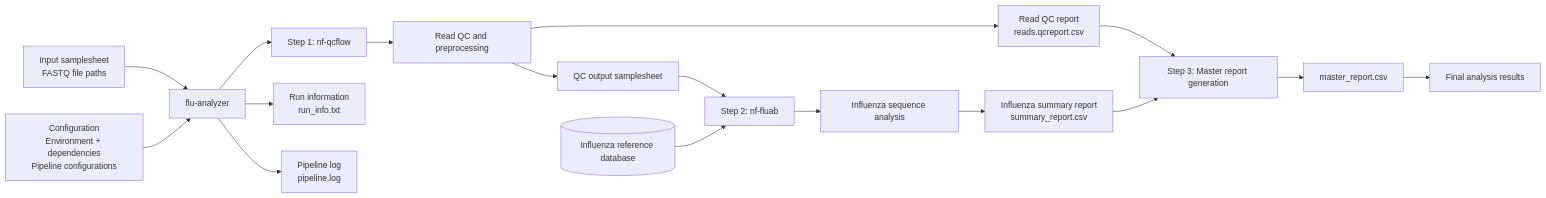
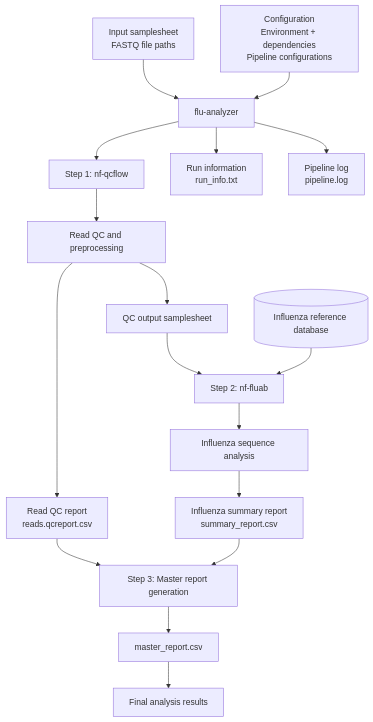
The diagram in README.md (provlab-bioinfo/flu-analyzer), drawn with Mermaid before and after one commit.

Commit message:
Correct README formatting and update workflow diagram
Fix formatting issues in the README file.

````diff
--- a/README.md
+++ b/README.md
@@ -13,26 +13,26 @@
 ```mermaid
-flowchart LR
+flowchart TD
     A["Input samplesheet<br/>FASTQ file paths"] --> B["flu-analyzer"]
 
     C["Configuration<br/>Environment + dependencies<br/>Pipeline configurations"] --> B
 
     B --> D["Step 1: nf-qcflow"]
     D --> E["Read QC and preprocessing"]
     E --> F["QC output samplesheet"]
 
     F --> G["Step 2: nf-fluab"]
     H[("Influenza reference database")] --> G
     G --> I["Influenza sequence analysis"]
 
     E --> J["Read QC report<br/>reads.qcreport.csv"]
     I --> K["Influenza summary report<br/>summary_report.csv"]
 
     J --> L["Step 3: Master report generation"]
     K --> L
     L --> M["master_report.csv"]
 
     B --> N["Run information<br/>run_info.txt"]
     B --> O["Pipeline log<br/>pipeline.log"]
 
     M --> P["Final analysis results"]
 ```
````
